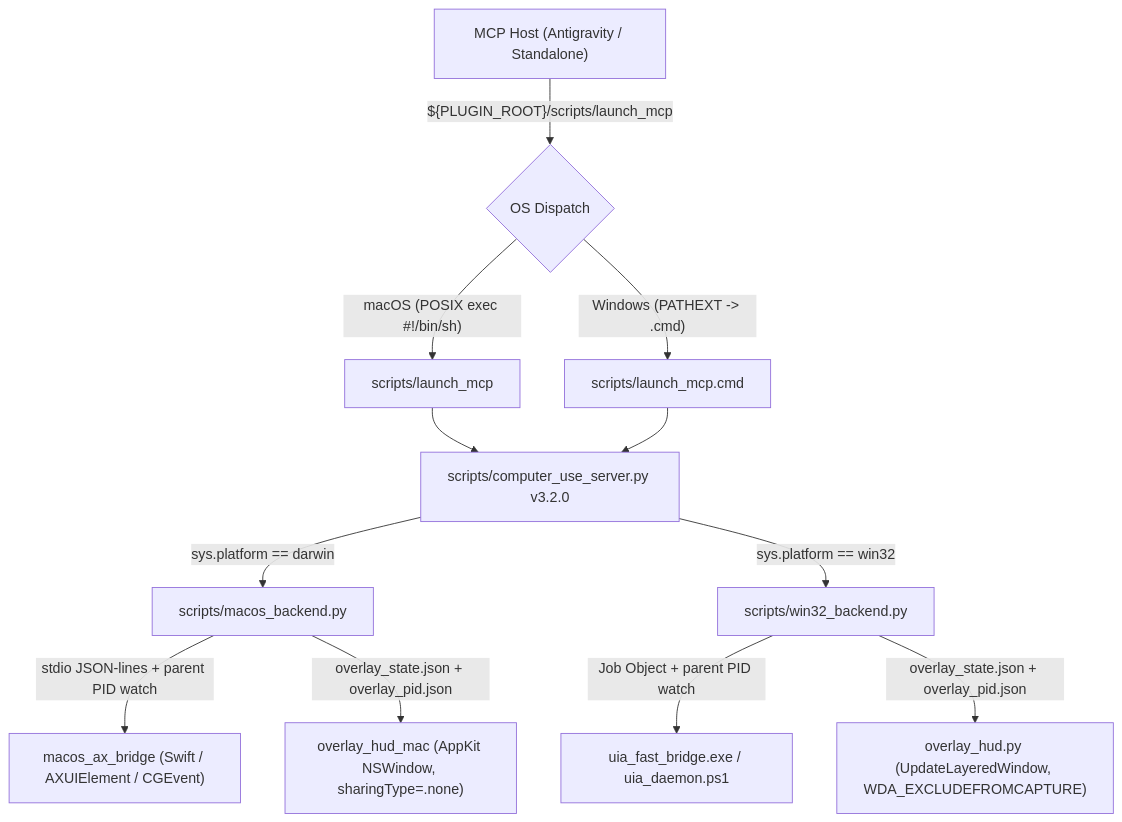
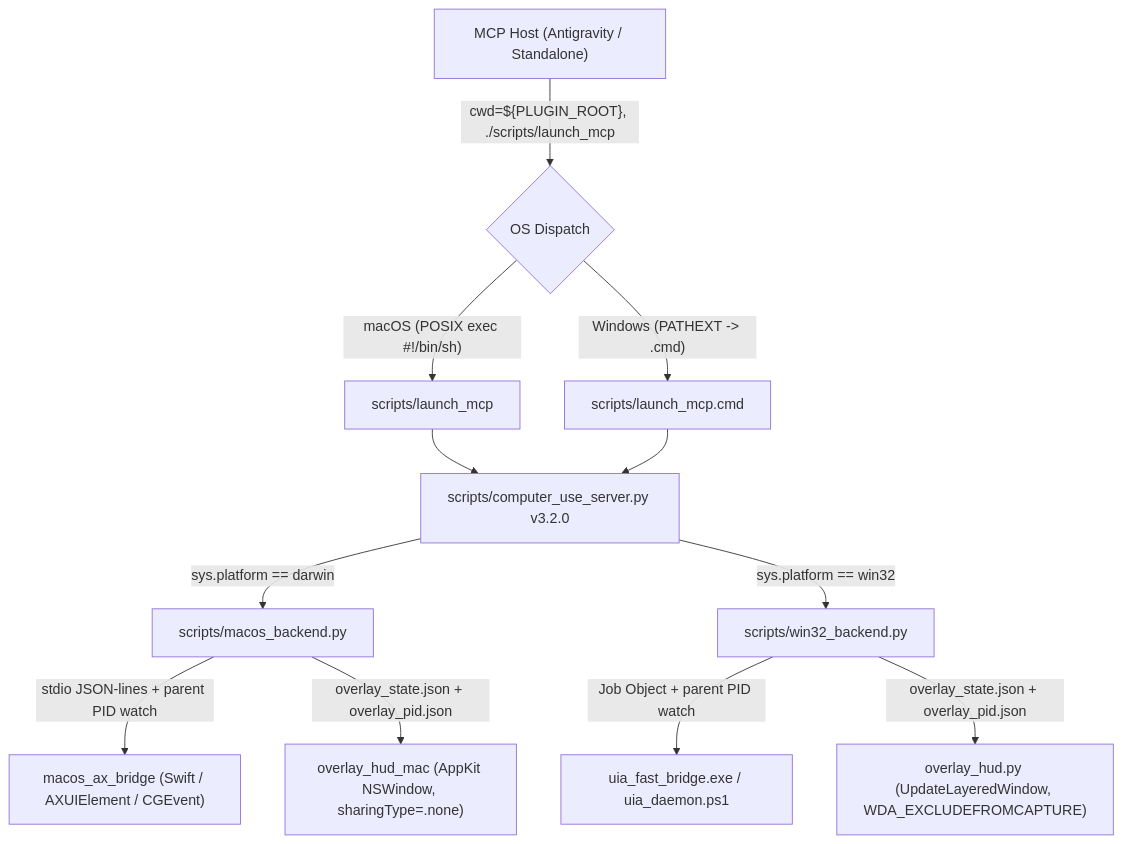
Before and after one commit to 908akash/Antigravity-Computer-Use-Plugin: the diagram in ARCHITECTURE.md, drawn with Mermaid. The commit also changed other lines of this file and 2 other files, not shown here.

Commit message:
Fix cross-platform mcp_config.json command resolution via cwd

````diff
--- a/ARCHITECTURE.md
+++ b/ARCHITECTURE.md
@@ -9,14 +9,14 @@
 ```mermaid
 flowchart TD
-    Host["MCP Host (Antigravity / Standalone)"] -->|"${PLUGIN_ROOT}/scripts/launch_mcp"| Dispatch{"OS Dispatch"}
+    Host["MCP Host (Antigravity / Standalone)"] -->|"cwd=${PLUGIN_ROOT}, ./scripts/launch_mcp"| Dispatch{"OS Dispatch"}
     Dispatch -->|"macOS (POSIX exec #!/bin/sh)"| LaunchMac["scripts/launch_mcp"]
     Dispatch -->|"Windows (PATHEXT -> .cmd)"| LaunchWin["scripts/launch_mcp.cmd"]
     LaunchMac --> Server["scripts/computer_use_server.py v3.2.0"]
     LaunchWin --> Server
     Server -->|"sys.platform == darwin"| MacBE["scripts/macos_backend.py"]
     Server -->|"sys.platform == win32"| WinBE["scripts/win32_backend.py"]
     MacBE -->|"stdio JSON-lines + parent PID watch"| MacBridge["macos_ax_bridge (Swift / AXUIElement / CGEvent)"]
     MacBE -->|"overlay_state.json + overlay_pid.json"| MacHUD["overlay_hud_mac (AppKit NSWindow, sharingType=.none)"]
     WinBE -->|"Job Object + parent PID watch"| WinUIA["uia_fast_bridge.exe / uia_daemon.ps1"]
     WinBE -->|"overlay_state.json + overlay_pid.json"| WinHUD["overlay_hud.py (UpdateLayeredWindow, WDA_EXCLUDEFROMCAPTURE)"]
 ```
````
